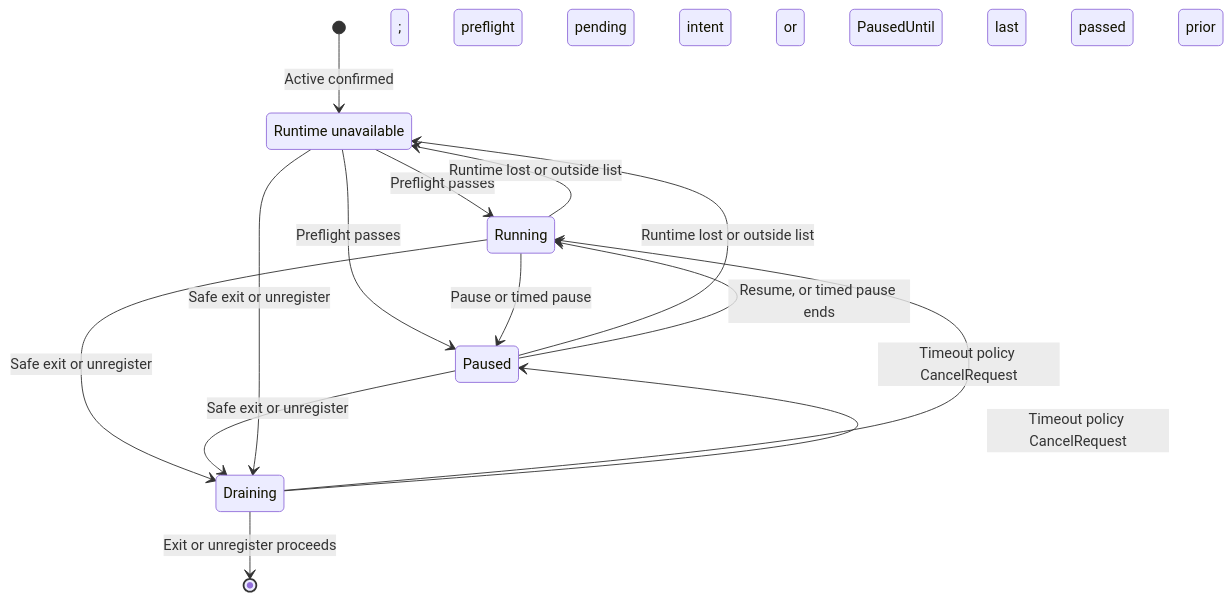
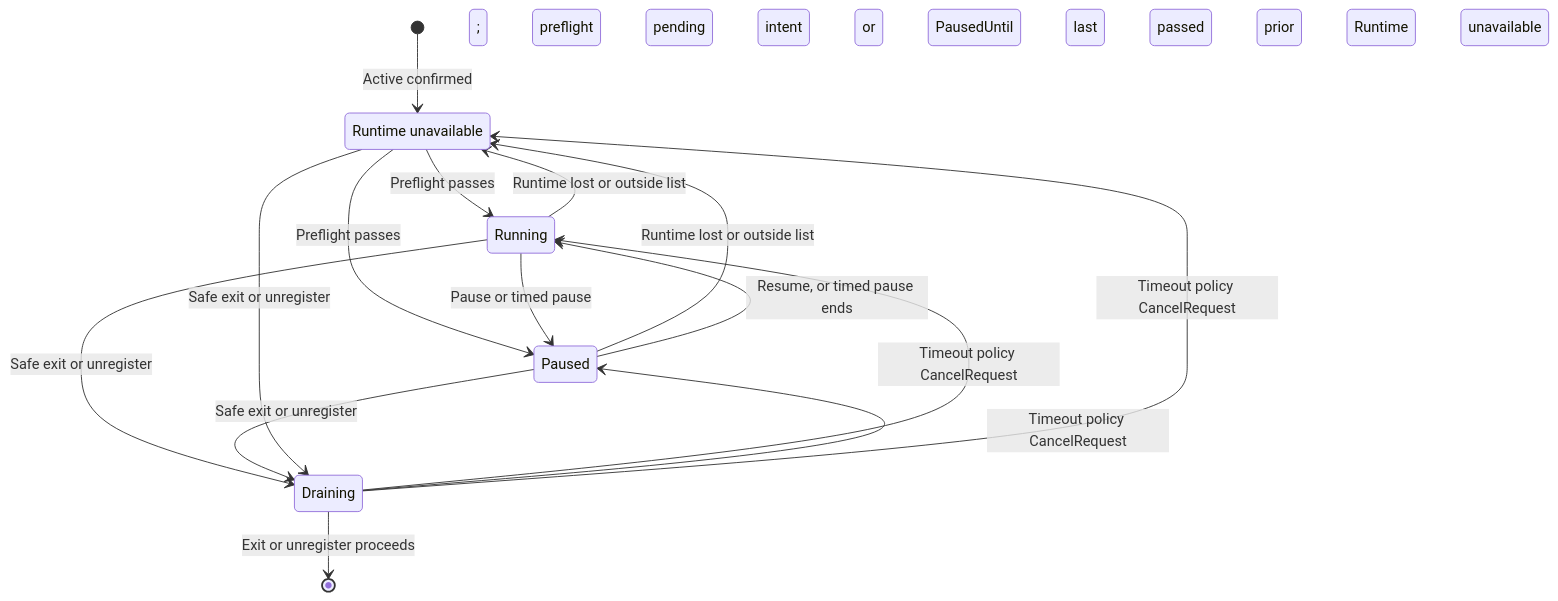
The third of 3 diagrams in specs/20261005-130704-analyst-manager-registration/data-model.md (markusheiliger/socalytics), drawn with Mermaid before and after one commit. The commit also changed other lines of this file and 46 other files, not shown here.

````diff
--- a/specs/20261005-130704-analyst-manager-registration/data-model.md
+++ b/specs/20261005-130704-analyst-manager-registration/data-model.md
@@ -307,17 +332,18 @@
 ```mermaid
 stateDiagram-v2
   state "Runtime unavailable" as RuntimeUnavailable
   [*] --> RuntimeUnavailable: Active confirmed; preflight pending
   RuntimeUnavailable --> Running: Preflight passes; intent Running
   RuntimeUnavailable --> Paused: Preflight passes; intent Paused or PausedUntil
   Running --> RuntimeUnavailable: Runtime lost or outside list
   Paused --> RuntimeUnavailable: Runtime lost or outside list
   Running --> Paused: Pause or timed pause
   Paused --> Running: Resume, or timed pause ends; last preflight passed
   Running --> Draining: Safe exit or unregister
   Paused --> Draining: Safe exit or unregister
   RuntimeUnavailable --> Draining: Safe exit or unregister
   Draining --> Running: Timeout policy CancelRequest; prior Running
   Draining --> Paused: Timeout policy CancelRequest; prior Paused
+  Draining --> RuntimeUnavailable: Timeout policy CancelRequest; prior Runtime unavailable
   Draining --> [*]: Exit or unregister proceeds
 ```
````
